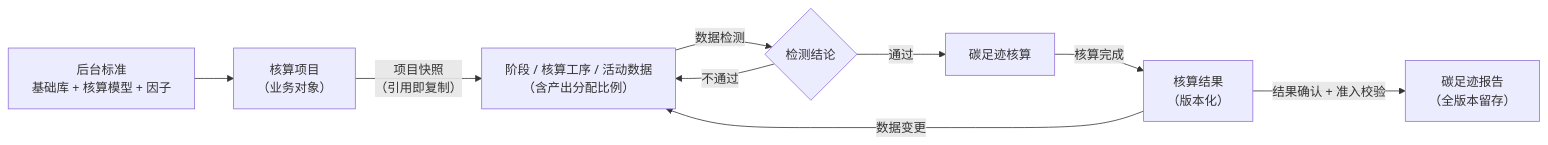
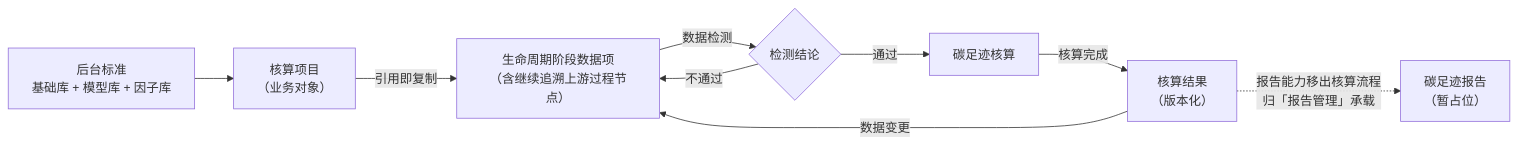
One commit to crystal6072/Carbon-accounting changed the first of 2 diagrams in 04产品设计管理/02prd/02-2前台业务功能/01 碳核算项目/01 项目列表与新建/核算项目业务PRD.md. Above: the diagram before and after it, drawn with Mermaid. The commit also changed other lines of this file and 336 other files, not shown here.

````diff
--- a/04产品设计管理/02prd/02-2前台业务功能/01 碳核算项目/01 项目列表与新建/核算项目业务PRD.md
+++ b/04产品设计管理/02prd/02-2前台业务功能/01 碳核算项目/01 项目列表与新建/核算项目业务PRD.md
@@ -189,11 +193,11 @@
 ```mermaid
 flowchart LR
-    A["后台标准<br/>基础库 + 核算模型 + 因子"] --> B["核算项目<br/>（业务对象）"]
-    B -->|"项目快照<br/>（引用即复制）"| C["阶段 / 核算工序 / 活动数据<br/>（含产出分配比例）"]
+    A["后台标准<br/>基础库 + 模型库 + 因子库"] --> B["核算项目<br/>（业务对象）"]
+    B -->|"引用即复制"| C["生命周期阶段数据项<br/>（含继续追溯上游过程节点）"]
     C -->|"数据检测"| D{"检测结论"}
     D -->|"不通过"| C
     D -->|"通过"| E["碳足迹核算"]
     E -->|"核算完成"| F["核算结果<br/>（版本化）"]
-    F -->|"结果确认 + 准入校验"| G["碳足迹报告<br/>（全版本留存）"]
     F -->|"数据变更"| C
+    F -.->|"报告能力移出核算流程<br/>归「报告管理」承载"| G["碳足迹报告<br/>（暂占位）"]
 ```
````
